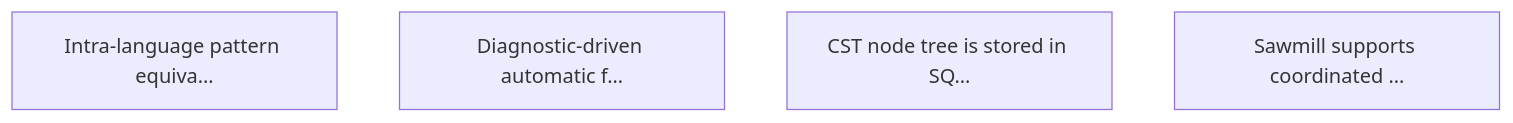
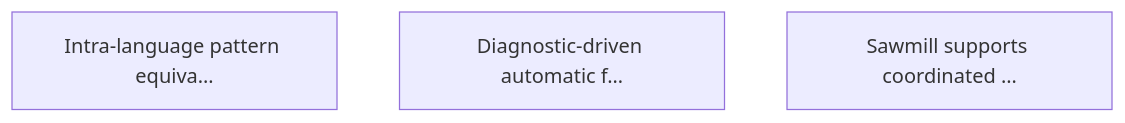
The diagram in targets.md (marcelocantos/sawmill), drawn with Mermaid before and after one commit. The commit also changed other lines of this file and 1 other file, not shown here.

````diff
--- a/targets.md
+++ b/targets.md
@@ -84,7 +85,6 @@
 ```mermaid
 graph TD
     T1["Intra-language pattern equiva…"]
     T3["Diagnostic-driven automatic f…"]
-    T4["CST node tree is stored in SQ…"]
     T5["Sawmill supports coordinated …"]
 ```
````
